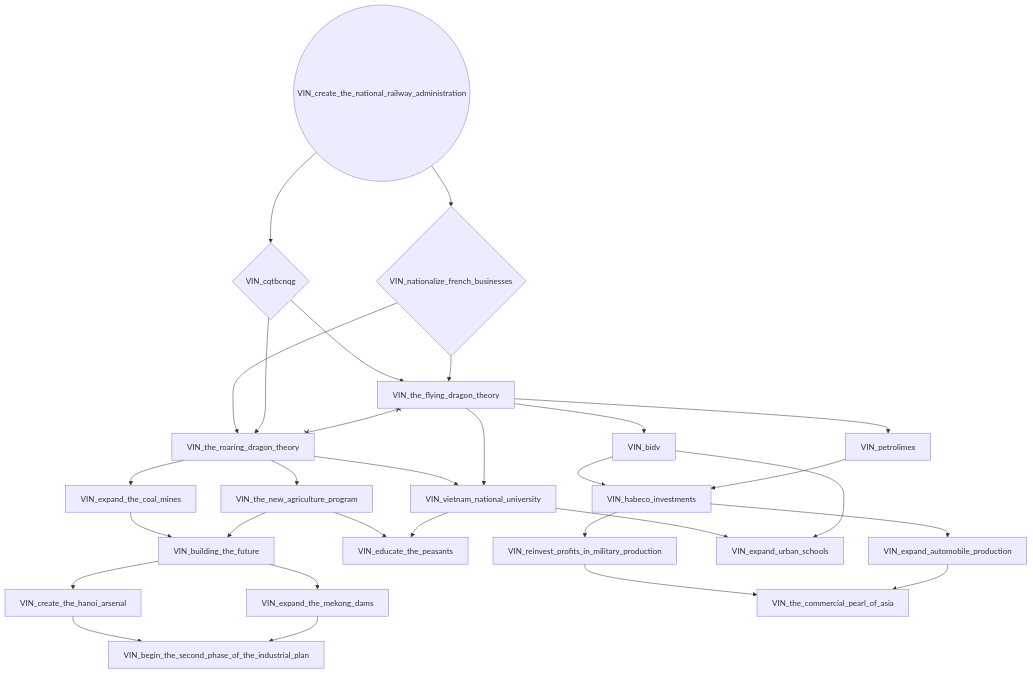
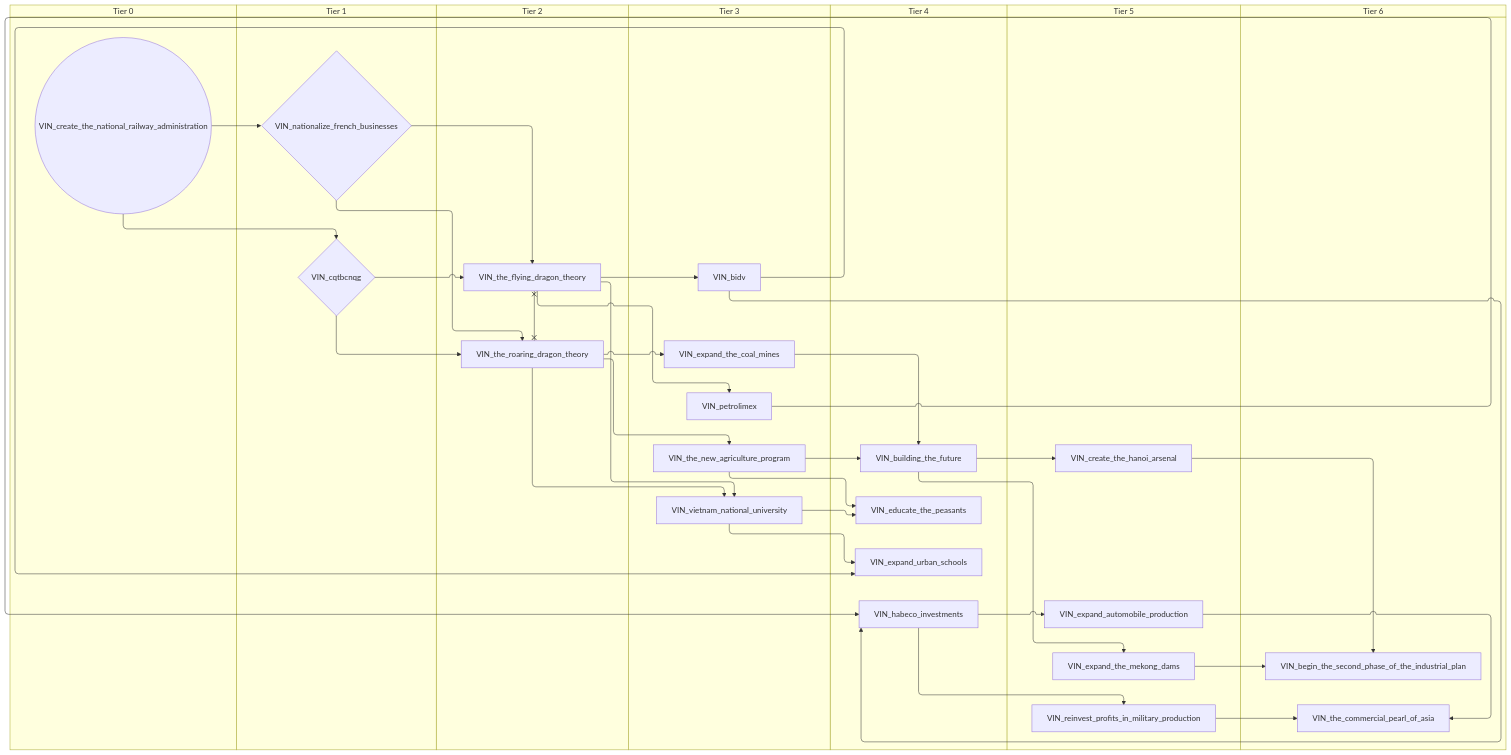
One commit to evgeny-sobol/hoi4-sandbox-mode-r56 changed the second of 8 diagrams in docs/gdd/National Focuses/Vietnam.md. Above: the diagram before and after it, drawn with Mermaid. The commit also changed other lines of this file and 423 other files, not shown here.

First line of the commit message:
Re-export Rt56 focus trees as swimlane diagrams

````diff
--- a/docs/gdd/National Focuses/Vietnam.md
+++ b/docs/gdd/National Focuses/Vietnam.md
@@ -25,52 +35,66 @@
 ```mermaid
-flowchart TD
-    n8["VIN_begin_the_second_phase_of_the_industrial_plan"]
-    n9["VIN_bidv"]
-    n10["VIN_building_the_future"]
-    n11{"VIN_cqtbcnqg"}
-    n12["VIN_create_the_hanoi_arsenal"]
-    n13(("VIN_create_the_national_railway_administration"))
-    n14["VIN_educate_the_peasants"]
-    n15["VIN_expand_automobile_production"]
-    n16["VIN_expand_the_coal_mines"]
-    n17["VIN_expand_the_mekong_dams"]
-    n18["VIN_expand_urban_schools"]
-    n19["VIN_habeco_investments"]
-    n20{"VIN_nationalize_french_businesses"}
-    n21["VIN_petrolimex"]
-    n22["VIN_reinvest_profits_in_military_production"]
-    n23["VIN_the_commercial_pearl_of_asia"]
-    n24["VIN_the_flying_dragon_theory"]
-    n25["VIN_the_new_agriculture_program"]
-    n26["VIN_the_roaring_dragon_theory"]
-    n27["VIN_vietnam_national_university"]
-    n12 --> n8
-    n17 --> n8
-    n24 --> n9
-    n16 --> n10
-    n25 --> n10
-    n13 --> n11
+swimlane-beta TD
+    subgraph tier_0["Tier 0"]
+        n8(("VIN_create_the_national_railway_administration"))
+    end
+    subgraph tier_1["Tier 1"]
+        n9{"VIN_cqtbcnqg"}
+        n10{"VIN_nationalize_french_businesses"}
+    end
+    subgraph tier_2["Tier 2"]
+        n11["VIN_the_flying_dragon_theory"]
+        n12["VIN_the_roaring_dragon_theory"]
+    end
+    subgraph tier_3["Tier 3"]
+        n13["VIN_bidv"]
+        n14["VIN_expand_the_coal_mines"]
+        n15["VIN_petrolimex"]
+        n16["VIN_the_new_agriculture_program"]
+        n17["VIN_vietnam_national_university"]
+    end
+    subgraph tier_4["Tier 4"]
+        n18["VIN_building_the_future"]
+        n19["VIN_educate_the_peasants"]
+        n20["VIN_expand_urban_schools"]
+        n21["VIN_habeco_investments"]
+    end
+    subgraph tier_5["Tier 5"]
+        n22["VIN_create_the_hanoi_arsenal"]
+        n23["VIN_expand_automobile_production"]
+        n24["VIN_expand_the_mekong_dams"]
+        n25["VIN_reinvest_profits_in_military_production"]
+    end
+    subgraph tier_6["Tier 6"]
+        n26["VIN_begin_the_second_phase_of_the_industrial_plan"]
+        n27["VIN_the_commercial_pearl_of_asia"]
+    end
+    n22 --> n26
+    n24 --> n26
+    n11 --> n13
+    n14 --> n18
+    n16 --> n18
+    n8 --> n9
+    n18 --> n22
+    n16 --> n19
+    n17 --> n19
+    n21 --> n23
+    n12 --> n14
+    n18 --> n24
+    n17 --> n20
+    n13 --> n20
+    n13 --> n21
+    n15 --> n21
+    n8 --> n10
+    n11 --> n15
+    n21 --> n25
+    n25 --> n27
+    n23 --> n27
+    n9 --> n11
+    n10 --> n11
+    n12 --> n16
     n10 --> n12
-    n25 --> n14
-    n27 --> n14
-    n19 --> n15
-    n26 --> n16
-    n10 --> n17
-    n27 --> n18
-    n9 --> n18
-    n9 --> n19
-    n21 --> n19
-    n13 --> n20
-    n24 --> n21
-    n19 --> n22
-    n22 --> n23
-    n15 --> n23
-    n11 --> n24
-    n20 --> n24
-    n26 --> n25
-    n20 --> n26
-    n11 --> n26
-    n26 --> n27
-    n24 --> n27
-    n24 x--x n26
+    n9 --> n12
+    n12 --> n17
+    n11 --> n17
+    n11 x--x n12
 ```
````
